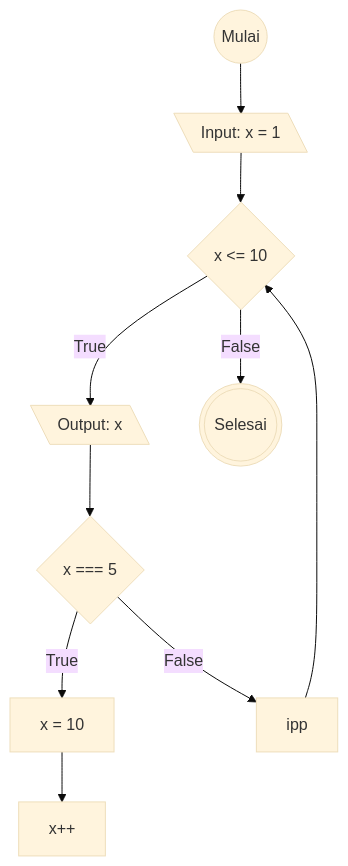
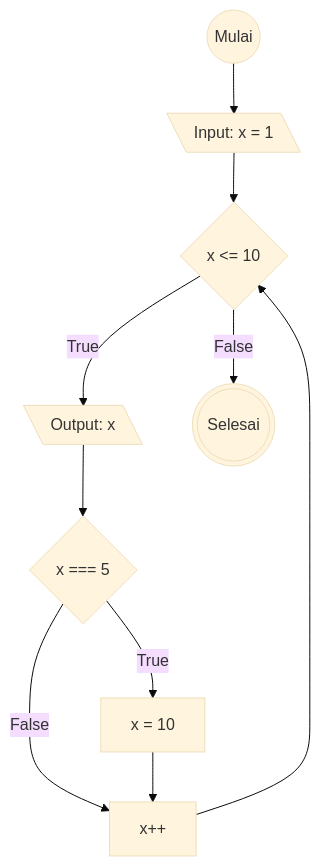
The first of 2 diagrams in flowchart-loop.md (rezafauzan/koda-b6-javascript1), drawn with Mermaid (base theme) before and after one commit.

Commit message:
Patch: misstype @ipp to @xpp

````diff
--- a/flowchart-loop.md
+++ b/flowchart-loop.md
@@ -4,16 +4,16 @@
 ```mermaid
 flowchart TD
 
 start@{"shape": circle, "label": "Mulai"}
 init@{"shape": lean-l, "label": "Input: x = 1"}
 isxLtTen@{"shape": diamond, "label": "x <= 10"}
 isxLtTenTrue@{"shape": lean-l, "label": "Output: x"}
 isxEqFive@{"shape": diamond, "label": "x === 5"}
 isxEqFiveTrue@{"shape": rectangle, "label": "x = 10"}
 xpp@{"shape": rectangle, "label": "x++"}
 stop@{"shape": dbl-circ, "label": "Selesai"}
 
-start-->init-->isxLtTen--True-->isxLtTenTrue-->isxEqFive--False-->ipp-->isxLtTen
+start-->init-->isxLtTen--True-->isxLtTenTrue-->isxEqFive--False-->xpp-->isxLtTen
 isxEqFive--True-->isxEqFiveTrue-->xpp
 isxLtTen--False-->stop
 ```
````
